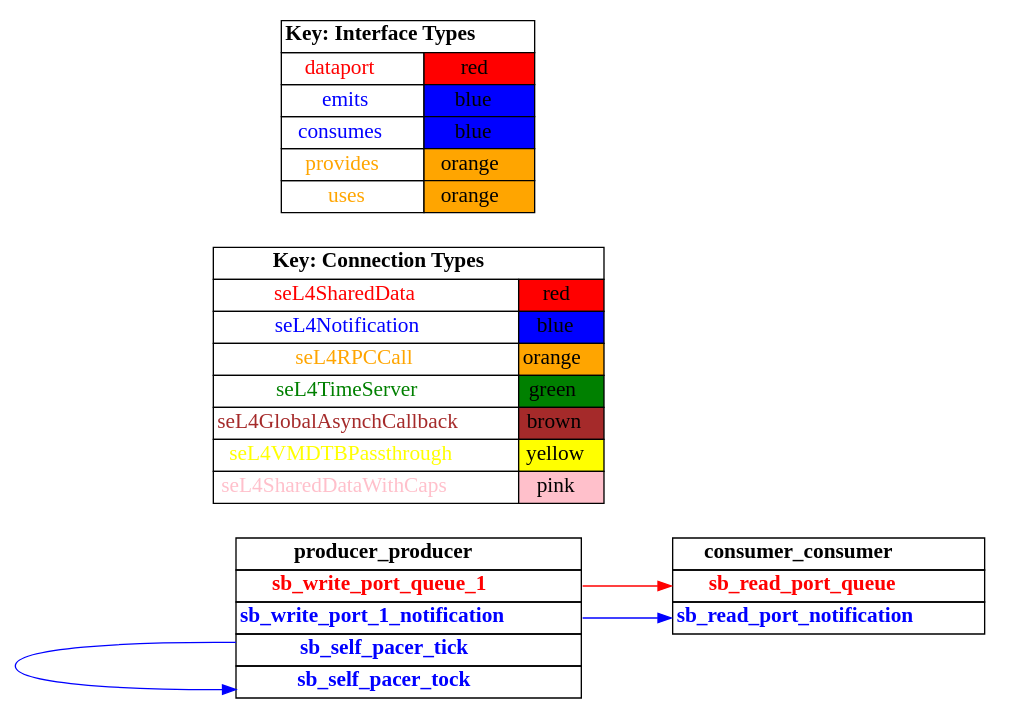
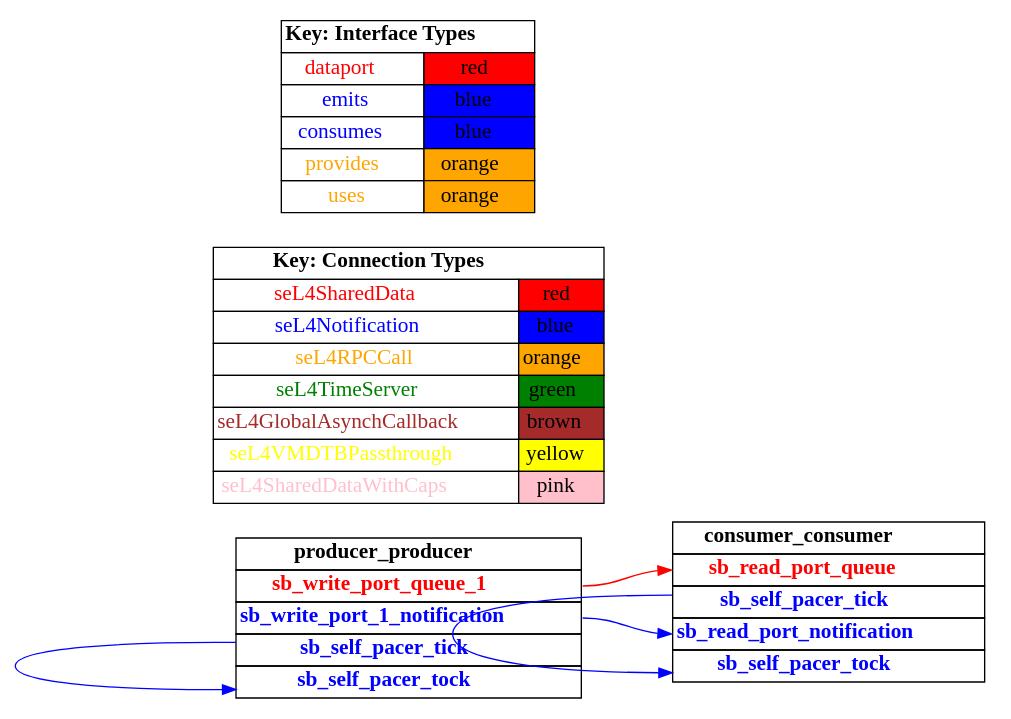
Before and after one commit to loonwerks/CASE: the diagram in TA5/tool-assessment-4/basic/test_event_data_port_periodic_domains/hamr/camkes/graph_simple.dot, drawn with Graphviz. The commit also changed 35 other files, not shown here.

```diff
--- a/TA5/tool-assessment-4/basic/test_event_data_port_periodic_domains/hamr/camkes/graph_simple.dot
+++ b/TA5/tool-assessment-4/basic/test_event_data_port_periodic_domains/hamr/camkes/graph_simple.dot
@@ -1,88 +1,97 @@
 digraph g {
 graph [
   overlap = false,
   rankdir = "LR"
 ];
 node [
   fontsize = "16",
   shape = "ellipse"
 ];
 edge [
 ];
 
 producer_producer [
   label=<
     <TABLE BORDER="0" CELLBORDER="1" CELLSPACING="0">
       <TR><TD><B>producer_producer</B></TD></TR>
       <TR><TD PORT="sb_write_port_queue_1"><FONT COLOR="red"><B>sb_write_port_queue_1</B></FONT></TD></TR>
       <TR><TD PORT="sb_write_port_1_notification"><FONT COLOR="blue"><B>sb_write_port_1_notification</B></FONT></TD></TR>
       <TR><TD PORT="sb_self_pacer_tick"><FONT COLOR="blue"><B>sb_self_pacer_tick</B></FONT></TD></TR>
       <TR><TD PORT="sb_self_pacer_tock"><FONT COLOR="blue"><B>sb_self_pacer_tock</B></FONT></TD></TR>"
     </TABLE>
   >
   shape=plaintext
 ];
 
 consumer_consumer [
   label=<
     <TABLE BORDER="0" CELLBORDER="1" CELLSPACING="0">
       <TR><TD><B>consumer_consumer</B></TD></TR>
       <TR><TD PORT="sb_read_port_queue"><FONT COLOR="red"><B>sb_read_port_queue</B></FONT></TD></TR>
-      <TR><TD PORT="sb_read_port_notification"><FONT COLOR="blue"><B>sb_read_port_notification</B></FONT></TD></TR>"
+      <TR><TD PORT="sb_self_pacer_tick"><FONT COLOR="blue"><B>sb_self_pacer_tick</B></FONT></TD></TR>
+      <TR><TD PORT="sb_read_port_notification"><FONT COLOR="blue"><B>sb_read_port_notification</B></FONT></TD></TR>
+      <TR><TD PORT="sb_self_pacer_tock"><FONT COLOR="blue"><B>sb_self_pacer_tock</B></FONT></TD></TR>"
     </TABLE>
   >
   shape=plaintext
 ];
 
 connectiontypekey [
   label=<
    <TABLE BORDER="0" CELLBORDER="1" CELLSPACING="0">
      <TR><TD COLSPAN="2"><B>Key: Connection Types</B></TD></TR>
      <TR><TD><FONT COLOR="red">seL4SharedData</FONT></TD><TD BGCOLOR="red">red</TD></TR>
      <TR><TD><FONT COLOR="blue">seL4Notification</FONT></TD><TD BGCOLOR="blue">blue</TD></TR>
      <TR><TD><FONT COLOR="orange">seL4RPCCall</FONT></TD><TD BGCOLOR="orange">orange</TD></TR>
      <TR><TD><FONT COLOR="green">seL4TimeServer</FONT></TD><TD BGCOLOR="green">green</TD></TR>
      <TR><TD><FONT COLOR="brown">seL4GlobalAsynchCallback</FONT></TD><TD BGCOLOR="brown">brown</TD></TR>
      <TR><TD><FONT COLOR="yellow">seL4VMDTBPassthrough</FONT></TD><TD BGCOLOR="yellow">yellow</TD></TR>
      <TR><TD><FONT COLOR="pink">seL4SharedDataWithCaps</FONT></TD><TD BGCOLOR="pink">pink</TD></TR>
    </TABLE>
   >
   shape=plaintext
 ];
 
 interfacetypekey [
   label=<
    <TABLE BORDER="0" CELLBORDER="1" CELLSPACING="0">
      <TR><TD COLSPAN="2"><B>Key: Interface Types</B></TD></TR>
      <TR><TD><FONT COLOR="red">dataport</FONT></TD><TD BGCOLOR="red">red</TD></TR>
      <TR><TD><FONT COLOR="blue">emits</FONT></TD><TD BGCOLOR="blue">blue</TD></TR>
      <TR><TD><FONT COLOR="blue">consumes</FONT></TD><TD BGCOLOR="blue">blue</TD></TR>
      <TR><TD><FONT COLOR="orange">provides</FONT></TD><TD BGCOLOR="orange">orange</TD></TR>
      <TR><TD><FONT COLOR="orange">uses</FONT></TD><TD BGCOLOR="orange">orange</TD></TR>
    </TABLE>
   >
   shape=plaintext
 ];
 
 "producer_producer":sb_write_port_1_notification -> "consumer_consumer":sb_read_port_notification [
   color="blue"
   //label = "seL4Notification"
   id = conn1
 
 ];
 
 "producer_producer":sb_write_port_queue_1 -> "consumer_consumer":sb_read_port_queue [
   color="red"
   //label = "seL4SharedData"
   id = conn2
 
 ];
 
 "producer_producer":sb_self_pacer_tick -> "producer_producer":sb_self_pacer_tock [
   color="blue"
   //label = "seL4Notification"
   id = conn3
 
 ];
 
+"consumer_consumer":sb_self_pacer_tick -> "consumer_consumer":sb_self_pacer_tock [
+  color="blue"
+  //label = "seL4Notification"
+  id = conn4
+
+];
+
 }
```
